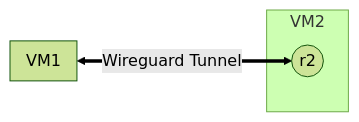
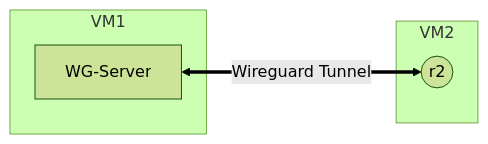
One commit to edgardcunha/freeRouter changed the diagram in wireguard/01/README.md. Above: the diagram before and after it, drawn with Mermaid (forest theme).

````diff
--- a/wireguard/01/README.md
+++ b/wireguard/01/README.md
@@ -5,10 +5,10 @@
 ```mermaid
 flowchart LR
     subgraph VM1 ["VM1"]
-        
+        A[WG-Server]
     end
     subgraph VM2 ["VM2"]
         B((r2))
     end
-    VM1 <==>|Wireguard Tunnel| B
+    A <==>|Wireguard Tunnel| B
 ```
````
